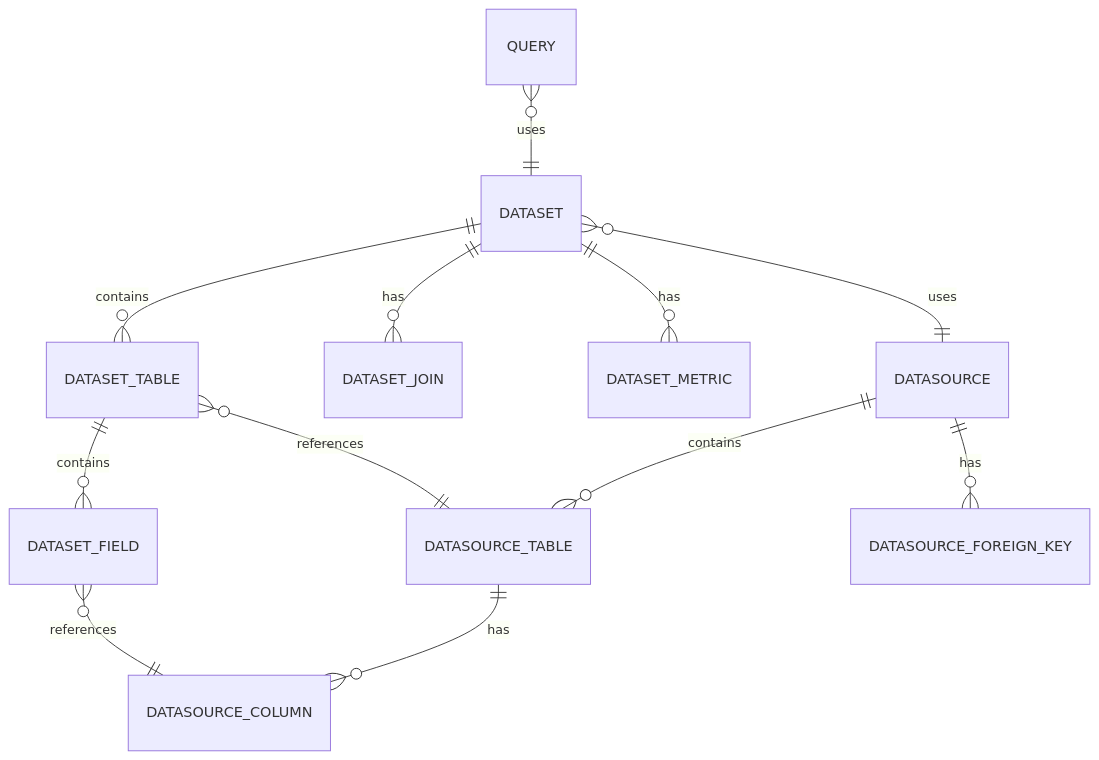
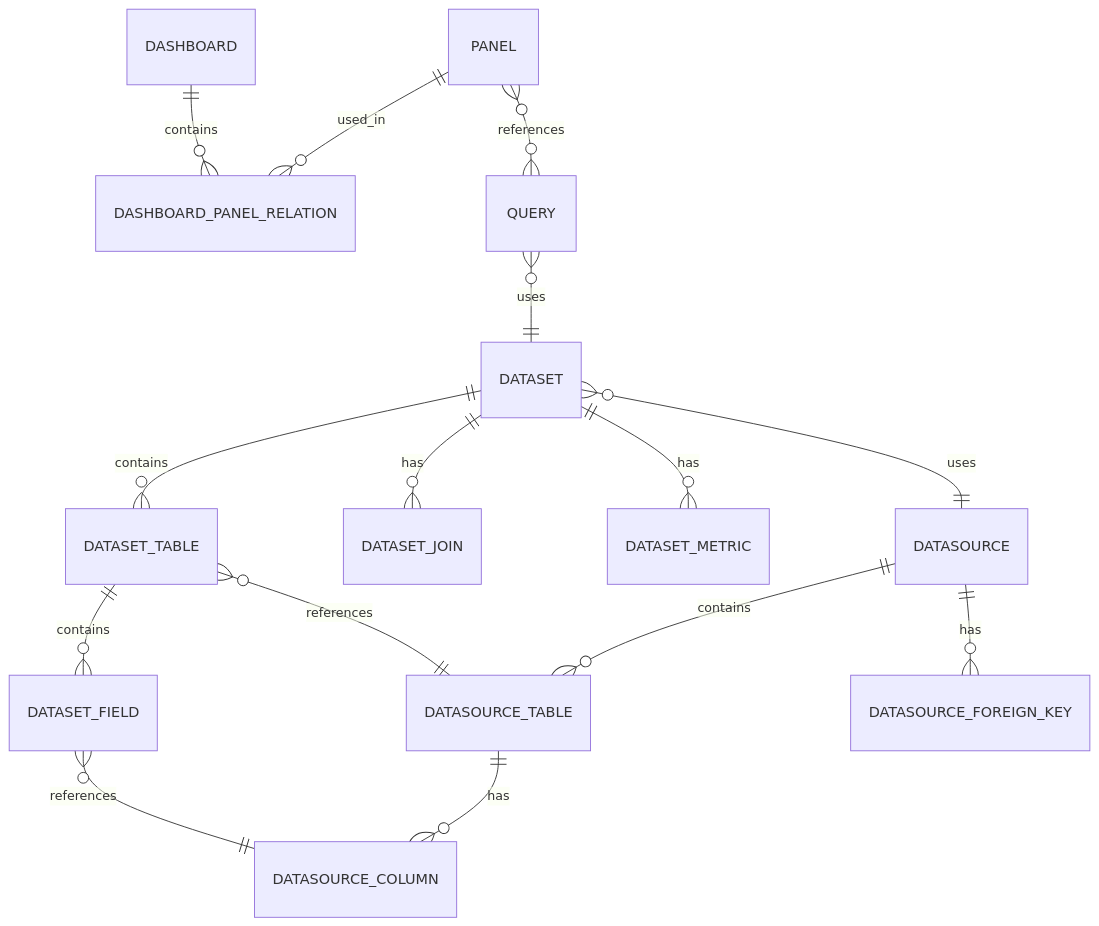
One commit to Syedar-root/seedar changed the diagram in apps/server/docs/server-data-model-overview.md. Above: the diagram before and after it, drawn with Mermaid. The commit also changed other lines of this file and 17 other files, not shown here.

````diff
--- a/apps/server/docs/server-data-model-overview.md
+++ b/apps/server/docs/server-data-model-overview.md
@@ -9,17 +9,21 @@
 ```mermaid
 erDiagram
     DATASOURCE ||--o{ DATASOURCE_TABLE : contains
     DATASOURCE ||--o{ DATASOURCE_FOREIGN_KEY : has
     DATASOURCE_TABLE ||--o{ DATASOURCE_COLUMN : has
     
     DATASET ||--o{ DATASET_TABLE : contains
     DATASET ||--o{ DATASET_JOIN : has
     DATASET ||--o{ DATASET_METRIC : has
     DATASET_TABLE ||--o{ DATASET_FIELD : contains
     
     DATASET }o--|| DATASOURCE : uses
     DATASET_TABLE }o--|| DATASOURCE_TABLE : references
     DATASET_FIELD }o--|| DATASOURCE_COLUMN : references
     
     QUERY }o--|| DATASET : uses
+    
+    DASHBOARD ||--o{ DASHBOARD_PANEL_RELATION : contains
+    PANEL ||--o{ DASHBOARD_PANEL_RELATION : used_in
+    PANEL }o--o{ QUERY : references
 ```
````
